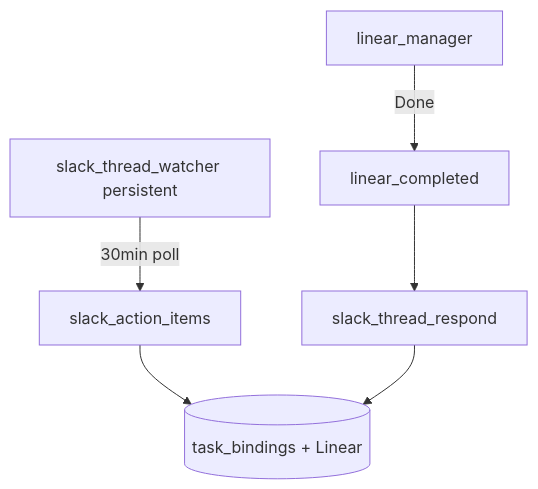
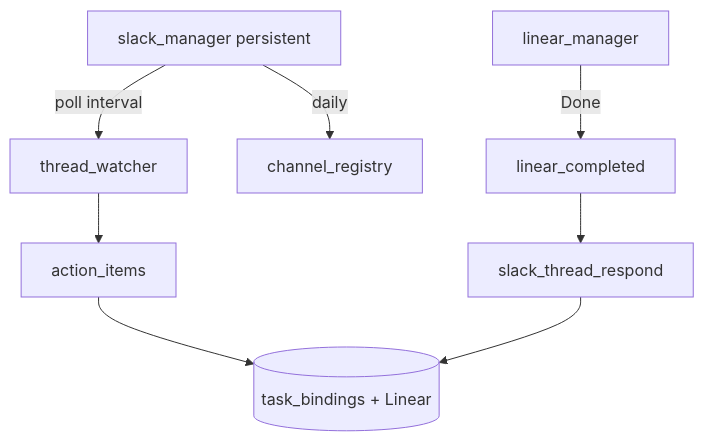
Before and after one commit to NickyHeC/4r7a: the fourth of 5 diagrams in docs/agents/operations.md, drawn with Mermaid. The commit also changed other lines of this file and 23 other files, not shown here.

First line of the commit message:
Add Slack platform foundation with manager, routing store, and token split.

````diff
--- a/docs/agents/operations.md
+++ b/docs/agents/operations.md
@@ -550,8 +551,10 @@
 ```mermaid
 flowchart TD
-  STW[slack_thread_watcher persistent] -->|30min poll| SAI[slack_action_items]
-  SAI --> TB[(task_bindings + Linear)]
+  SM[slack_manager persistent] -->|poll interval| TW[thread_watcher]
+  SM -->|daily| CR[channel_registry]
+  TW --> AI[action_items]
+  AI --> TB[(task_bindings + Linear)]
   LM[linear_manager] -->|Done| LC[linear_completed]
   LC --> STR[slack_thread_respond]
   STR --> TB
 ```
````
